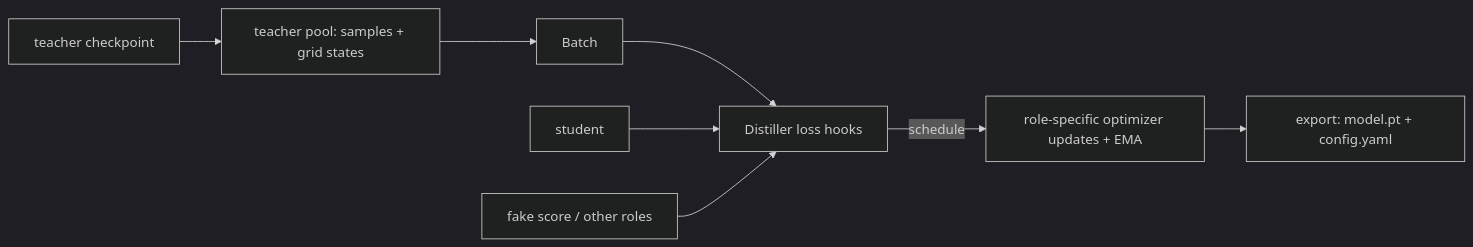
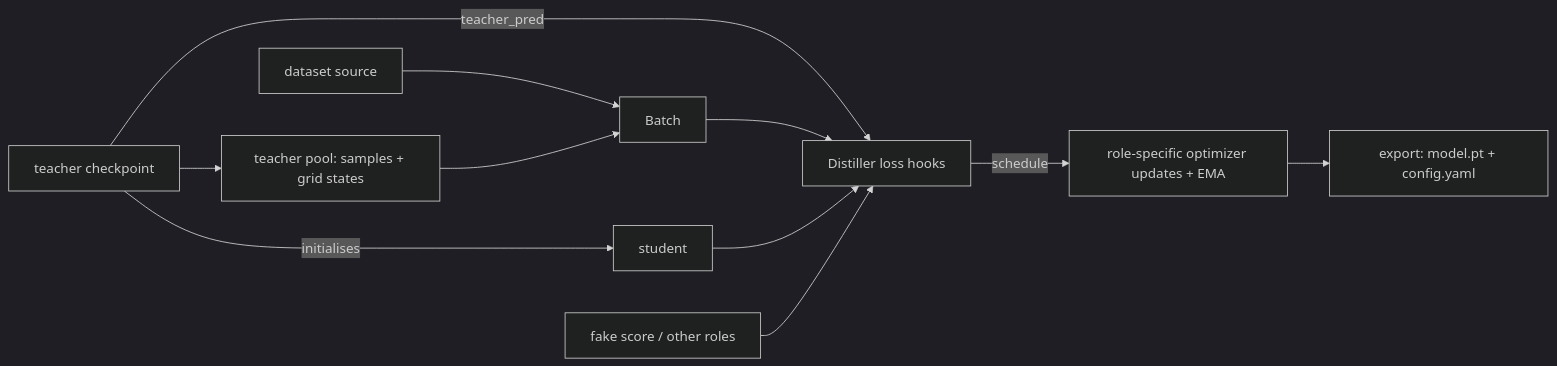
Before and after one commit to OnePunchMonk/omnidiff: the third of 4 diagrams in docs/ARCHITECTURE.md, drawn with Mermaid (dark theme). The commit also changed other lines of this file, not shown here.

Commit message:
docs: architecture review fixes

````diff
--- a/docs/ARCHITECTURE.md
+++ b/docs/ARCHITECTURE.md
@@ -168,10 +183,13 @@
 ```mermaid
 flowchart LR
   T[teacher checkpoint] --> TP[teacher pool: samples + grid states]
+  T -->|initialises| S[student]
+  T -->|teacher_pred| H[Distiller loss hooks]
+  D[dataset source] --> B[Batch]
   TP --> B[Batch]
-  B --> H[Distiller loss hooks]
-  S[student] --> H
+  B --> H
+  S --> H
   F[fake score / other roles] --> H
   H -->|schedule| O[role-specific optimizer updates + EMA]
   O --> E[export: model.pt + config.yaml]
 ```
````
